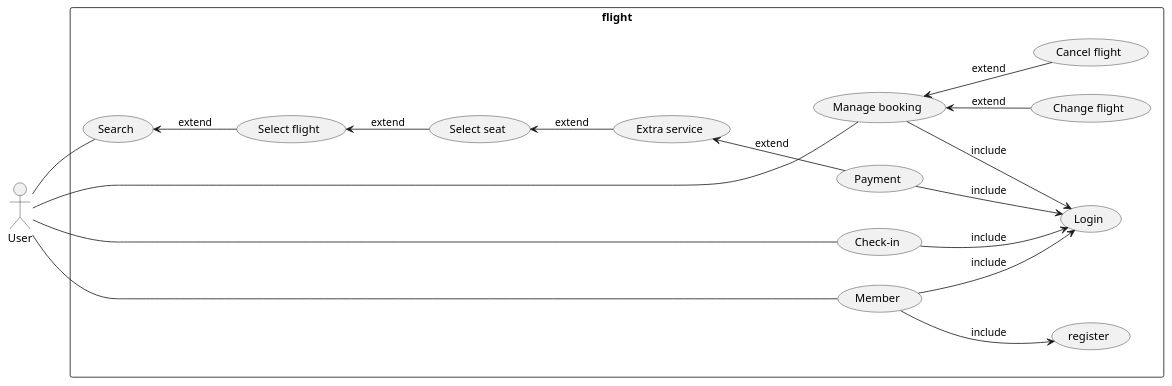
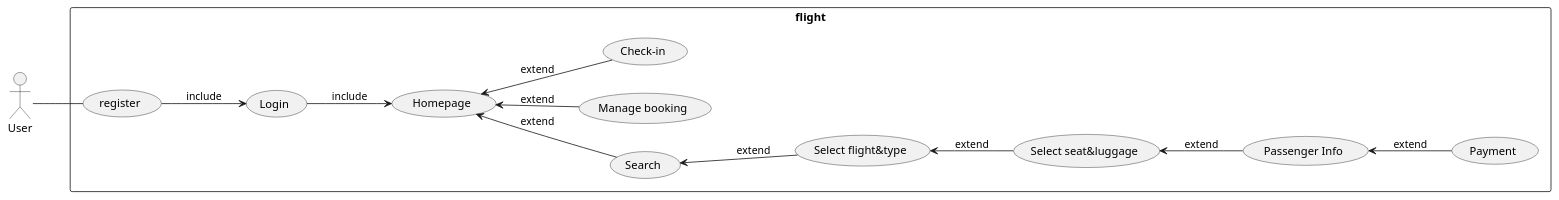
One commit to Nonnnchun/OOP_project changed the diagram in userCaseDiagram.plantuml. Above: the diagram before and after it, drawn with PlantUML. The commit also changed 2 other files, not shown here.

```diff
--- a/userCaseDiagram.plantuml
+++ b/userCaseDiagram.plantuml
@@ -1,36 +1,27 @@
 @startuml userCaseDiagram
 
 left to right direction
 actor "User" as user
 rectangle flight {
    usecase "Search" as search
    usecase "Manage booking" as managebooking
    usecase "Check-in" as checkin
-   usecase "Member" as member
-   usecase "Extra service" as extraservice
    usecase "Payment" as payment
    usecase "Login" as login
    usecase "register" as register
-   usecase "Select seat" as selecttickets
-   usecase "Select flight" as selectflight
-   usecase "Change flight"as changeflight
-   usecase "Cancel flight"as cancelflight
+   usecase "Select seat&luggage" as selectseats
+   usecase "Select flight&type" as selectflight
+   usecase "Passenger Info"as passengerinfo
+   usecase "Homepage"  as homepage
 }
-
-user -- managebooking
-user -- search
-user -- checkin
-user -- member
-selecttickets -up-> selectflight:extend
+user -- register 
+register --> login:include
+login --> homepage:include
+search -up-> homepage:extend
 selectflight -up-> search:extend
-extraservice -up-> selecttickets:extend
-payment -up-> extraservice:extend
-managebooking -->login:include
-payment -->login:include
-checkin -->login:include
-member -down-> register:include
-member -down-> login:include
-changeflight -up-> managebooking:extend
-cancelflight -up-> managebooking:extend
-
+selectseats -up-> selectflight:extend
+passengerinfo -up-> selectseats:extend
+payment -up-> passengerinfo:extend
+managebooking -up-> homepage:extend
+checkin -up-> homepage:extend
 @enduml
```
